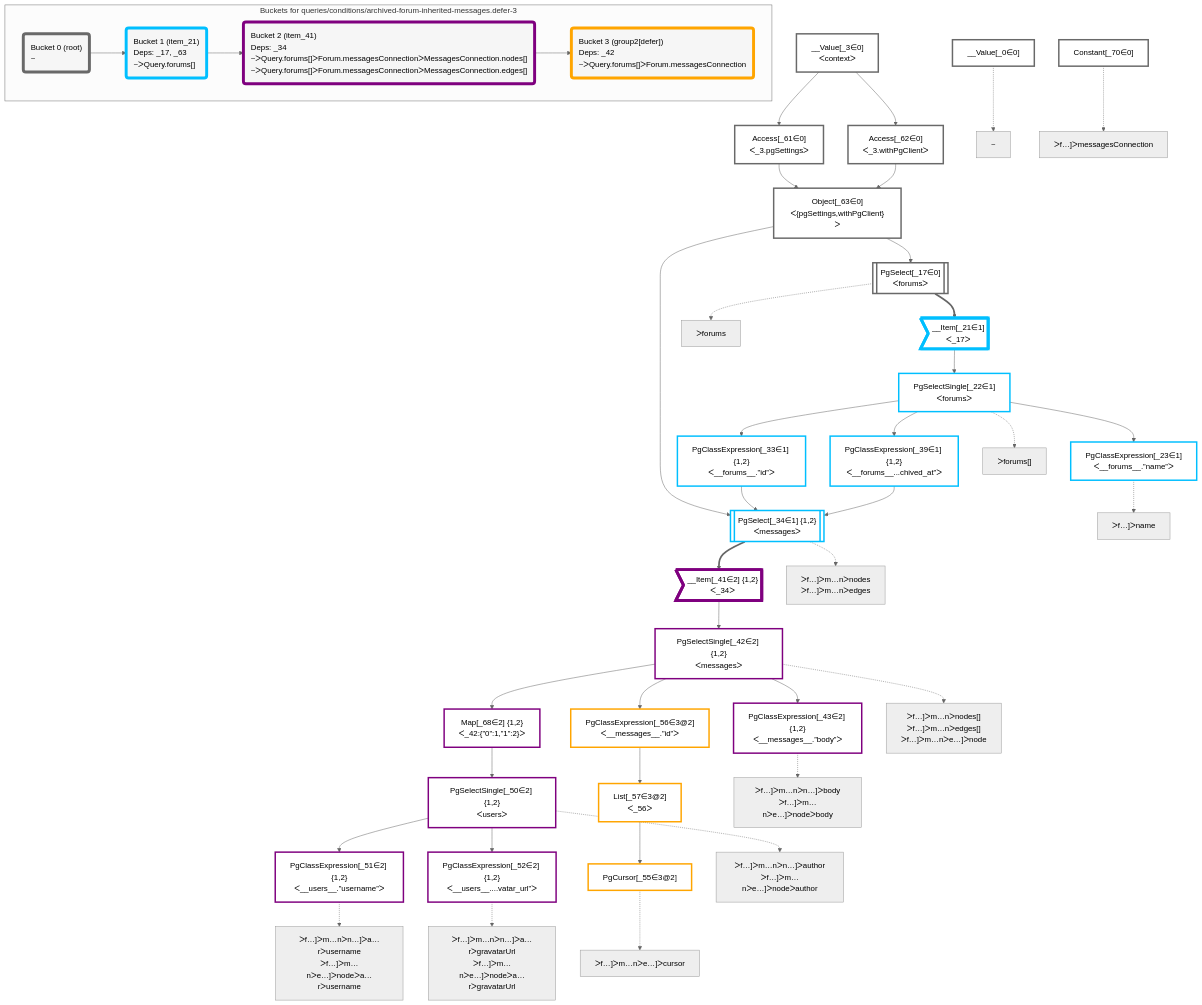
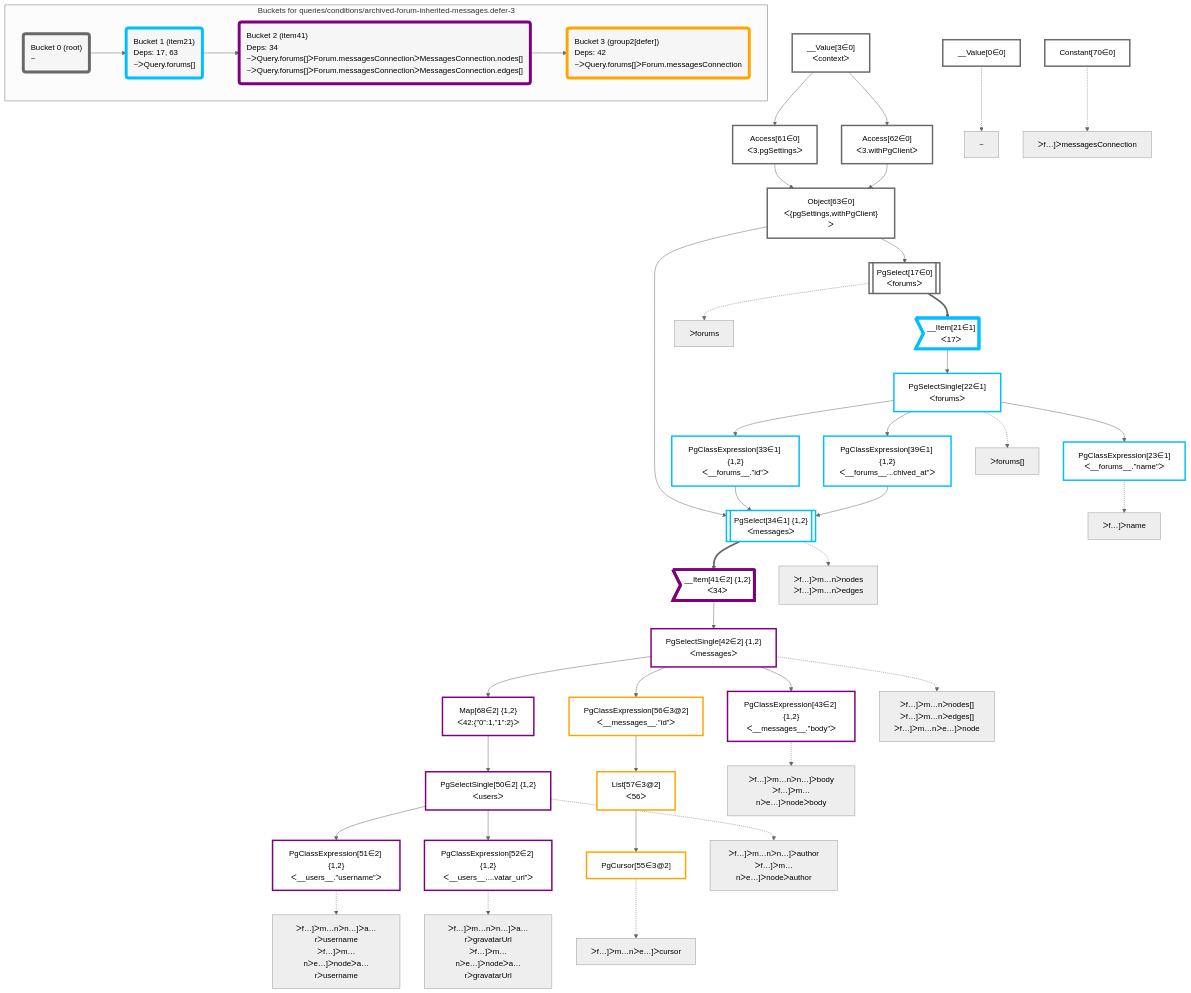
The diagram in packages/dataplan-pg/__tests__/queries/conditions/archived-forum-inherited-messages.defer-3.mermaid.md (graphile/crystal), drawn with Mermaid (neutral theme) before and after one commit. The commit also changed 195 other files, not shown here.

```diff
--- a/packages/dataplan-pg/__tests__/queries/conditions/archived-forum-inherited-messages.defer-3.mermaid.md
+++ b/packages/dataplan-pg/__tests__/queries/conditions/archived-forum-inherited-messages.defer-3.mermaid.md
@@ -8,91 +8,91 @@
 
 
     %% define plans
-    __Value_0["__Value[_0∈0]"]:::plan
-    PgClassExpression_23["PgClassExpression[_23∈1]<br />ᐸ__forums__.”name”ᐳ"]:::plan
-    PgClassExpression_43["PgClassExpression[_43∈2] {1,2}<br />ᐸ__messages__.”body”ᐳ"]:::plan
-    PgClassExpression_51["PgClassExpression[_51∈2] {1,2}<br />ᐸ__users__.”username”ᐳ"]:::plan
-    PgClassExpression_52["PgClassExpression[_52∈2] {1,2}<br />ᐸ__users__....vatar_url”ᐳ"]:::plan
-    PgSelectSingle_50["PgSelectSingle[_50∈2] {1,2}<br />ᐸusersᐳ"]:::plan
-    Map_68["Map[_68∈2] {1,2}<br />ᐸ_42:{”0”:1,”1”:2}ᐳ"]:::plan
-    PgCursor_55["PgCursor[_55∈3@2]"]:::plan
-    List_57["List[_57∈3@2]<br />ᐸ_56ᐳ"]:::plan
-    PgClassExpression_56["PgClassExpression[_56∈3@2]<br />ᐸ__messages__.”id”ᐳ"]:::plan
-    PgSelectSingle_42["PgSelectSingle[_42∈2] {1,2}<br />ᐸmessagesᐳ"]:::plan
-    __Item_41>"__Item[_41∈2] {1,2}<br />ᐸ_34ᐳ"]:::itemplan
-    PgSelect_34[["PgSelect[_34∈1] {1,2}<br />ᐸmessagesᐳ"]]:::plan
-    PgClassExpression_33["PgClassExpression[_33∈1] {1,2}<br />ᐸ__forums__.”id”ᐳ"]:::plan
-    PgClassExpression_39["PgClassExpression[_39∈1] {1,2}<br />ᐸ__forums__...chived_at”ᐳ"]:::plan
-    PgSelectSingle_22["PgSelectSingle[_22∈1]<br />ᐸforumsᐳ"]:::plan
-    __Item_21>"__Item[_21∈1]<br />ᐸ_17ᐳ"]:::itemplan
-    PgSelect_17[["PgSelect[_17∈0]<br />ᐸforumsᐳ"]]:::plan
-    Object_63["Object[_63∈0]<br />ᐸ{pgSettings,withPgClient}ᐳ"]:::plan
-    Access_61["Access[_61∈0]<br />ᐸ_3.pgSettingsᐳ"]:::plan
-    Access_62["Access[_62∈0]<br />ᐸ_3.withPgClientᐳ"]:::plan
-    __Value_3["__Value[_3∈0]<br />ᐸcontextᐳ"]:::plan
-    Constant_70["Constant[_70∈0]"]:::plan
+    __Value0["__Value[0∈0]"]:::plan
+    PgClassExpression23["PgClassExpression[23∈1]<br />ᐸ__forums__.”name”ᐳ"]:::plan
+    PgClassExpression43["PgClassExpression[43∈2] {1,2}<br />ᐸ__messages__.”body”ᐳ"]:::plan
+    PgClassExpression51["PgClassExpression[51∈2] {1,2}<br />ᐸ__users__.”username”ᐳ"]:::plan
+    PgClassExpression52["PgClassExpression[52∈2] {1,2}<br />ᐸ__users__....vatar_url”ᐳ"]:::plan
+    PgSelectSingle50["PgSelectSingle[50∈2] {1,2}<br />ᐸusersᐳ"]:::plan
+    Map68["Map[68∈2] {1,2}<br />ᐸ42:{”0”:1,”1”:2}ᐳ"]:::plan
+    PgCursor55["PgCursor[55∈3@2]"]:::plan
+    List57["List[57∈3@2]<br />ᐸ56ᐳ"]:::plan
+    PgClassExpression56["PgClassExpression[56∈3@2]<br />ᐸ__messages__.”id”ᐳ"]:::plan
+    PgSelectSingle42["PgSelectSingle[42∈2] {1,2}<br />ᐸmessagesᐳ"]:::plan
+    __Item41>"__Item[41∈2] {1,2}<br />ᐸ34ᐳ"]:::itemplan
+    PgSelect34[["PgSelect[34∈1] {1,2}<br />ᐸmessagesᐳ"]]:::plan
+    PgClassExpression33["PgClassExpression[33∈1] {1,2}<br />ᐸ__forums__.”id”ᐳ"]:::plan
+    PgClassExpression39["PgClassExpression[39∈1] {1,2}<br />ᐸ__forums__...chived_at”ᐳ"]:::plan
+    PgSelectSingle22["PgSelectSingle[22∈1]<br />ᐸforumsᐳ"]:::plan
+    __Item21>"__Item[21∈1]<br />ᐸ17ᐳ"]:::itemplan
+    PgSelect17[["PgSelect[17∈0]<br />ᐸforumsᐳ"]]:::plan
+    Object63["Object[63∈0]<br />ᐸ{pgSettings,withPgClient}ᐳ"]:::plan
+    Access61["Access[61∈0]<br />ᐸ3.pgSettingsᐳ"]:::plan
+    Access62["Access[62∈0]<br />ᐸ3.withPgClientᐳ"]:::plan
+    __Value3["__Value[3∈0]<br />ᐸcontextᐳ"]:::plan
+    Constant70["Constant[70∈0]"]:::plan
 
     %% plan dependencies
-    PgSelectSingle_22 --> PgClassExpression_23
-    PgSelectSingle_42 --> PgClassExpression_43
-    PgSelectSingle_50 --> PgClassExpression_51
-    PgSelectSingle_50 --> PgClassExpression_52
-    Map_68 --> PgSelectSingle_50
-    PgSelectSingle_42 --> Map_68
-    List_57 --> PgCursor_55
-    PgClassExpression_56 --> List_57
-    PgSelectSingle_42 --> PgClassExpression_56
-    __Item_41 --> PgSelectSingle_42
-    PgSelect_34 ==> __Item_41
-    Object_63 & PgClassExpression_33 & PgClassExpression_39 --> PgSelect_34
-    PgSelectSingle_22 --> PgClassExpression_33
-    PgSelectSingle_22 --> PgClassExpression_39
-    __Item_21 --> PgSelectSingle_22
-    PgSelect_17 ==> __Item_21
-    Object_63 --> PgSelect_17
-    Access_61 & Access_62 --> Object_63
-    __Value_3 --> Access_61
-    __Value_3 --> Access_62
+    PgSelectSingle22 --> PgClassExpression23
+    PgSelectSingle42 --> PgClassExpression43
+    PgSelectSingle50 --> PgClassExpression51
+    PgSelectSingle50 --> PgClassExpression52
+    Map68 --> PgSelectSingle50
+    PgSelectSingle42 --> Map68
+    List57 --> PgCursor55
+    PgClassExpression56 --> List57
+    PgSelectSingle42 --> PgClassExpression56
+    __Item41 --> PgSelectSingle42
+    PgSelect34 ==> __Item41
+    Object63 & PgClassExpression33 & PgClassExpression39 --> PgSelect34
+    PgSelectSingle22 --> PgClassExpression33
+    PgSelectSingle22 --> PgClassExpression39
+    __Item21 --> PgSelectSingle22
+    PgSelect17 ==> __Item21
+    Object63 --> PgSelect17
+    Access61 & Access62 --> Object63
+    __Value3 --> Access61
+    __Value3 --> Access62
 
     %% plan-to-path relationships
-    P_0["~"]
-    __Value_0 -.-> P_0
-    P_17["ᐳforums"]
-    PgSelect_17 -.-> P_17
-    P_22["ᐳforums[]"]
-    PgSelectSingle_22 -.-> P_22
-    P_23["ᐳf…]ᐳname"]
-    PgClassExpression_23 -.-> P_23
-    P_34["ᐳf…]ᐳm…nᐳnodes<br />ᐳf…]ᐳm…nᐳedges"]
-    PgSelect_34 -.-> P_34
-    P_42["ᐳf…]ᐳm…nᐳnodes[]<br />ᐳf…]ᐳm…nᐳedges[]<br />ᐳf…]ᐳm…nᐳe…]ᐳnode"]
-    PgSelectSingle_42 -.-> P_42
-    P_43["ᐳf…]ᐳm…nᐳn…]ᐳbody<br />ᐳf…]ᐳm…nᐳe…]ᐳnodeᐳbody"]
-    PgClassExpression_43 -.-> P_43
-    P_50["ᐳf…]ᐳm…nᐳn…]ᐳauthor<br />ᐳf…]ᐳm…nᐳe…]ᐳnodeᐳauthor"]
-    PgSelectSingle_50 -.-> P_50
-    P_51["ᐳf…]ᐳm…nᐳn…]ᐳa…rᐳusername<br />ᐳf…]ᐳm…nᐳe…]ᐳnodeᐳa…rᐳusername"]
-    PgClassExpression_51 -.-> P_51
-    P_52["ᐳf…]ᐳm…nᐳn…]ᐳa…rᐳgravatarUrl<br />ᐳf…]ᐳm…nᐳe…]ᐳnodeᐳa…rᐳgravatarUrl"]
-    PgClassExpression_52 -.-> P_52
-    P_55["ᐳf…]ᐳm…nᐳe…]ᐳcursor"]
-    PgCursor_55 -.-> P_55
-    P_70["ᐳf…]ᐳmessagesConnection"]
-    Constant_70 -.-> P_70
+    P0["~"]
+    __Value0 -.-> P0
+    P17["ᐳforums"]
+    PgSelect17 -.-> P17
+    P22["ᐳforums[]"]
+    PgSelectSingle22 -.-> P22
+    P23["ᐳf…]ᐳname"]
+    PgClassExpression23 -.-> P23
+    P34["ᐳf…]ᐳm…nᐳnodes<br />ᐳf…]ᐳm…nᐳedges"]
+    PgSelect34 -.-> P34
+    P42["ᐳf…]ᐳm…nᐳnodes[]<br />ᐳf…]ᐳm…nᐳedges[]<br />ᐳf…]ᐳm…nᐳe…]ᐳnode"]
+    PgSelectSingle42 -.-> P42
+    P43["ᐳf…]ᐳm…nᐳn…]ᐳbody<br />ᐳf…]ᐳm…nᐳe…]ᐳnodeᐳbody"]
+    PgClassExpression43 -.-> P43
+    P50["ᐳf…]ᐳm…nᐳn…]ᐳauthor<br />ᐳf…]ᐳm…nᐳe…]ᐳnodeᐳauthor"]
+    PgSelectSingle50 -.-> P50
+    P51["ᐳf…]ᐳm…nᐳn…]ᐳa…rᐳusername<br />ᐳf…]ᐳm…nᐳe…]ᐳnodeᐳa…rᐳusername"]
+    PgClassExpression51 -.-> P51
+    P52["ᐳf…]ᐳm…nᐳn…]ᐳa…rᐳgravatarUrl<br />ᐳf…]ᐳm…nᐳe…]ᐳnodeᐳa…rᐳgravatarUrl"]
+    PgClassExpression52 -.-> P52
+    P55["ᐳf…]ᐳm…nᐳe…]ᐳcursor"]
+    PgCursor55 -.-> P55
+    P70["ᐳf…]ᐳmessagesConnection"]
+    Constant70 -.-> P70
 
     subgraph "Buckets for queries/conditions/archived-forum-inherited-messages.defer-3"
     Bucket0("Bucket 0 (root)<br />~"):::bucket
     classDef bucket0 stroke:#696969
-    class Bucket0,__Value_0,__Value_3,PgSelect_17,Access_61,Access_62,Object_63,Constant_70 bucket0
-    Bucket1("Bucket 1 (item_21)<br />Deps: _17, _63<br />~ᐳQuery.forums[]"):::bucket
+    class Bucket0,__Value0,__Value3,PgSelect17,Access61,Access62,Object63,Constant70 bucket0
+    Bucket1("Bucket 1 (item21)<br />Deps: 17, 63<br />~ᐳQuery.forums[]"):::bucket
     classDef bucket1 stroke:#00bfff
-    class Bucket1,__Item_21,PgSelectSingle_22,PgClassExpression_23,PgClassExpression_33,PgSelect_34,PgClassExpression_39 bucket1
-    Bucket2("Bucket 2 (item_41)<br />Deps: _34<br />~ᐳQuery.forums[]ᐳForum.messagesConnectionᐳMessagesConnection.nodes[]<br />~ᐳQuery.forums[]ᐳForum.messagesConnectionᐳMessagesConnection.edges[]"):::bucket
+    class Bucket1,__Item21,PgSelectSingle22,PgClassExpression23,PgClassExpression33,PgSelect34,PgClassExpression39 bucket1
+    Bucket2("Bucket 2 (item41)<br />Deps: 34<br />~ᐳQuery.forums[]ᐳForum.messagesConnectionᐳMessagesConnection.nodes[]<br />~ᐳQuery.forums[]ᐳForum.messagesConnectionᐳMessagesConnection.edges[]"):::bucket
     classDef bucket2 stroke:#7f007f
-    class Bucket2,__Item_41,PgSelectSingle_42,PgClassExpression_43,PgSelectSingle_50,PgClassExpression_51,PgClassExpression_52,Map_68 bucket2
-    Bucket3("Bucket 3 (group2[defer])<br />Deps: _42<br />~ᐳQuery.forums[]ᐳForum.messagesConnection"):::bucket
+    class Bucket2,__Item41,PgSelectSingle42,PgClassExpression43,PgSelectSingle50,PgClassExpression51,PgClassExpression52,Map68 bucket2
+    Bucket3("Bucket 3 (group2[defer])<br />Deps: 42<br />~ᐳQuery.forums[]ᐳForum.messagesConnection"):::bucket
     classDef bucket3 stroke:#ffa500
-    class Bucket3,PgCursor_55,PgClassExpression_56,List_57 bucket3
+    class Bucket3,PgCursor55,PgClassExpression56,List57 bucket3
     Bucket0 --> Bucket1
     Bucket1 --> Bucket2
     Bucket2 --> Bucket3
```
